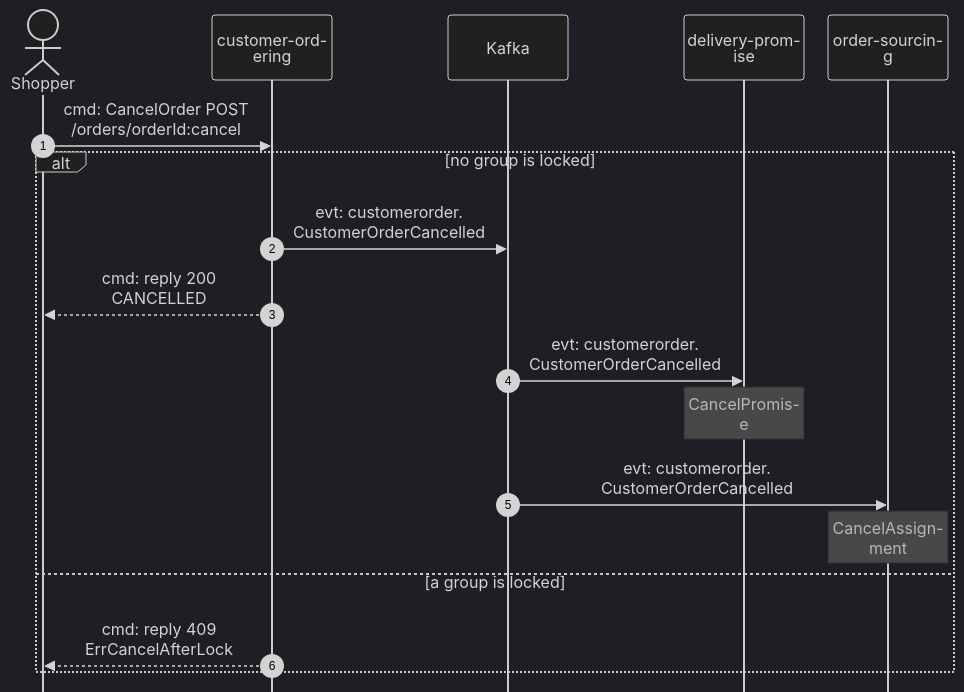
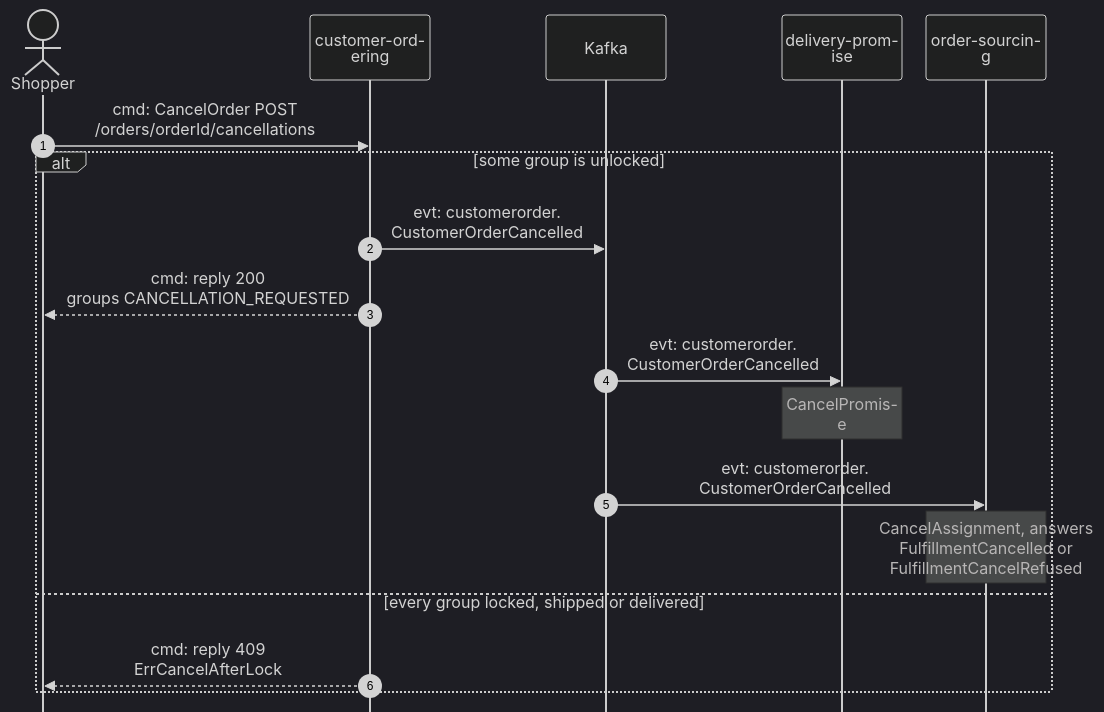
One commit to IQVO/warehouse-docs changed the fourth of 5 diagrams in network/docs/contexts/customer-ordering/domain-message-flow.md. Above: the diagram before and after it, drawn with Mermaid (dark theme). The commit also changed other lines of this file and 11 other files, not shown here.

````diff
--- a/network/docs/contexts/customer-ordering/domain-message-flow.md
+++ b/network/docs/contexts/customer-ordering/domain-message-flow.md
@@ -145,21 +145,21 @@
 ```mermaid
 %%{init: {"sequence": {"wrap": true, "width": 120, "actorMargin": 24, "messageMargin": 28, "boxMargin": 6, "noteMargin": 6, "mirrorActors": false}}}%%
 sequenceDiagram
     autonumber
     actor SH as Shopper
     participant CO as customer-ordering
     participant K as Kafka
     participant DP as delivery-promise
     participant OS as order-sourcing
-    SH->>CO: cmd: CancelOrder POST<br/>/orders/orderId:cancel
-    alt no group is locked
+    SH->>CO: cmd: CancelOrder POST<br/>/orders/orderId/cancellations
+    alt some group is unlocked
         CO->>K: evt: customerorder.<br/>CustomerOrderCancelled
-        CO-->>SH: cmd: reply 200<br/>CANCELLED
+        CO-->>SH: cmd: reply 200<br/>groups CANCELLATION_REQUESTED
         K->>DP: evt: customerorder.<br/>CustomerOrderCancelled
         Note over DP: CancelPromise
         K->>OS: evt: customerorder.<br/>CustomerOrderCancelled
-        Note over OS: CancelAssignment
-    else a group is locked
+        Note over OS: CancelAssignment, answers<br/>FulfillmentCancelled or<br/>FulfillmentCancelRefused
+    else every group locked, shipped or delivered
         CO-->>SH: cmd: reply 409<br/>ErrCancelAfterLock
     end
 ```
````
